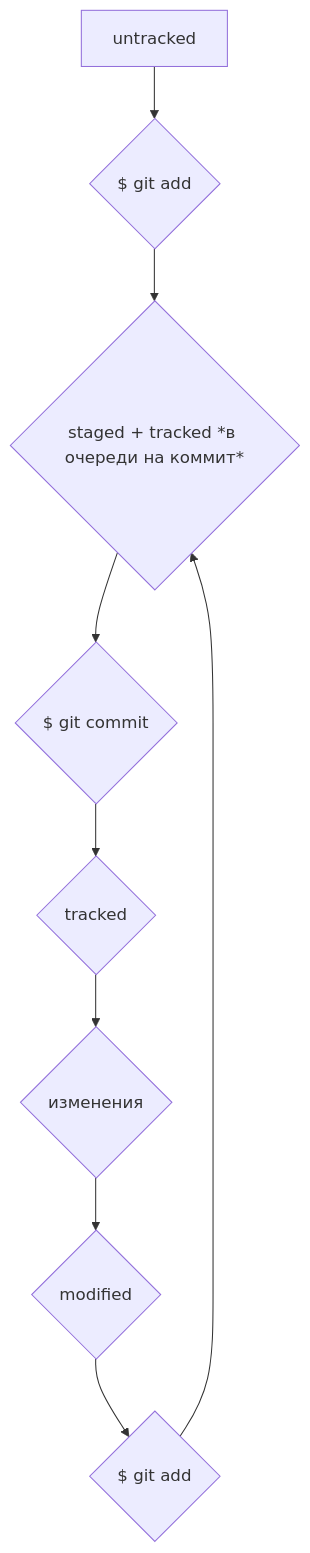
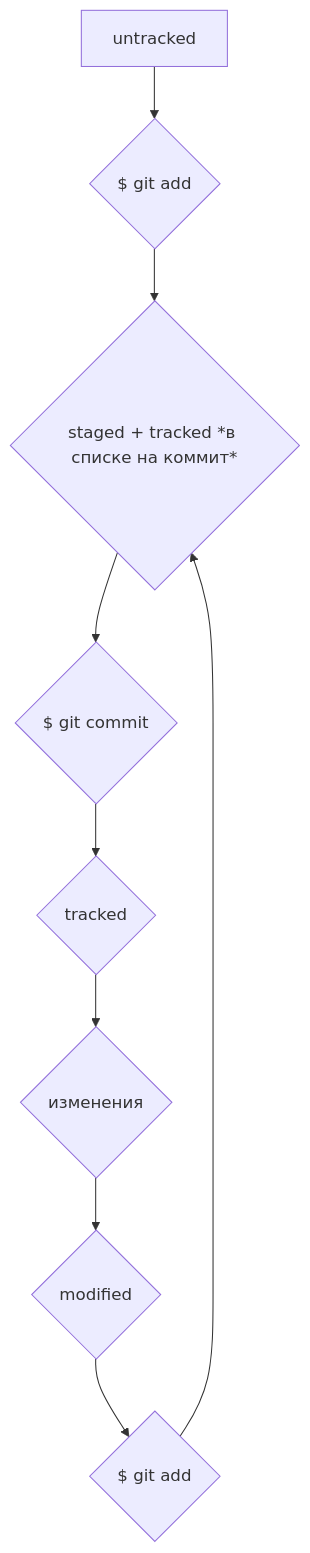
Before and after one commit to KkonepHuk/git-guide: the diagram in README.md, drawn with Mermaid. The commit also changed other lines of this file, not shown here.

````diff
--- a/README.md
+++ b/README.md
@@ -168,11 +244,11 @@
 ```mermaid
 flowchart TD
 	A[untracked] --> B{$ git add};
-	B --> C{staged + tracked *в очереди на коммит*};
+	B --> C{staged + tracked *в списке на коммит*};
 	C --> D{$ git commit};
 	D --> E{tracked};
 	E --> F{изменения};
 	F --> G{modified};
 	G --> H{$ git add};
 	H --> C
 ```
````
